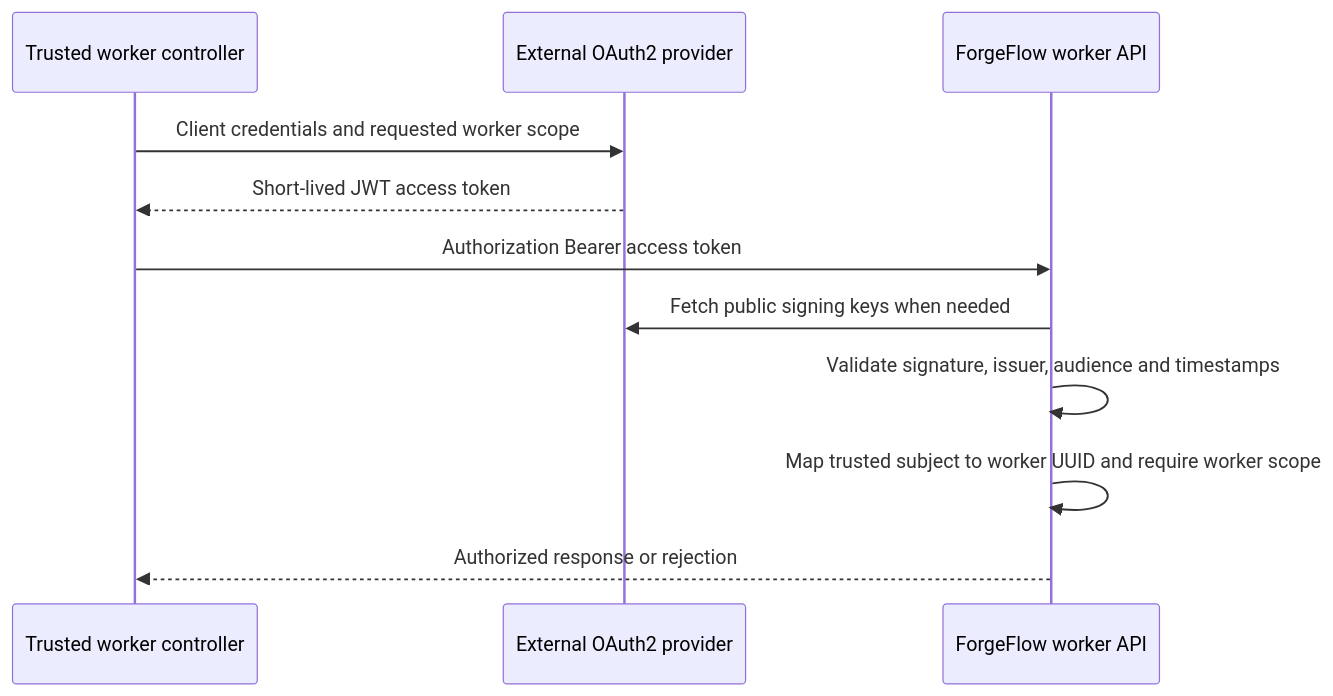
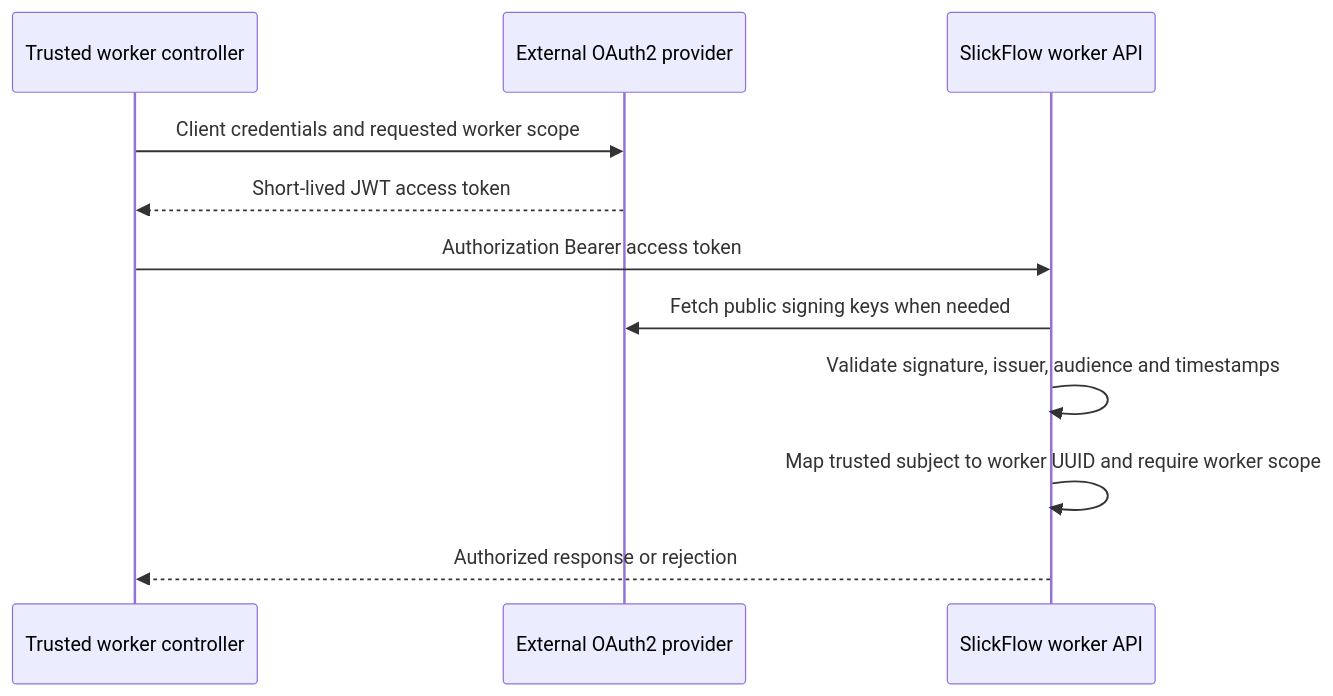
The diagram in docs/user-guide/worker-authentication.md (skizzay/forgeflow), drawn with Mermaid before and after one commit. The commit also changed other lines of this file and 283 other files, not shown here.

First line of the commit message:
Rename project to SlickFlow (#35)

````diff
--- a/docs/user-guide/worker-authentication.md
+++ b/docs/user-guide/worker-authentication.md
@@ -48,13 +48,13 @@
 ```mermaid
 sequenceDiagram
     participant W as Trusted worker controller
     participant I as External OAuth2 provider
-    participant F as ForgeFlow worker API
+    participant F as SlickFlow worker API
     W->>I: Client credentials and requested worker scope
     I-->>W: Short-lived JWT access token
     W->>F: Authorization Bearer access token
     F->>I: Fetch public signing keys when needed
     F->>F: Validate signature, issuer, audience and timestamps
     F->>F: Map trusted subject to worker UUID and require worker scope
     F-->>W: Authorized response or rejection
 ```
````
